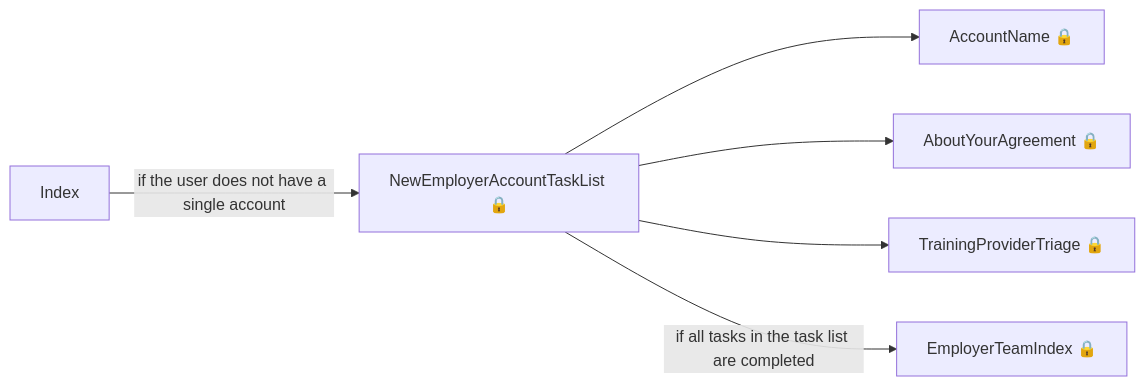
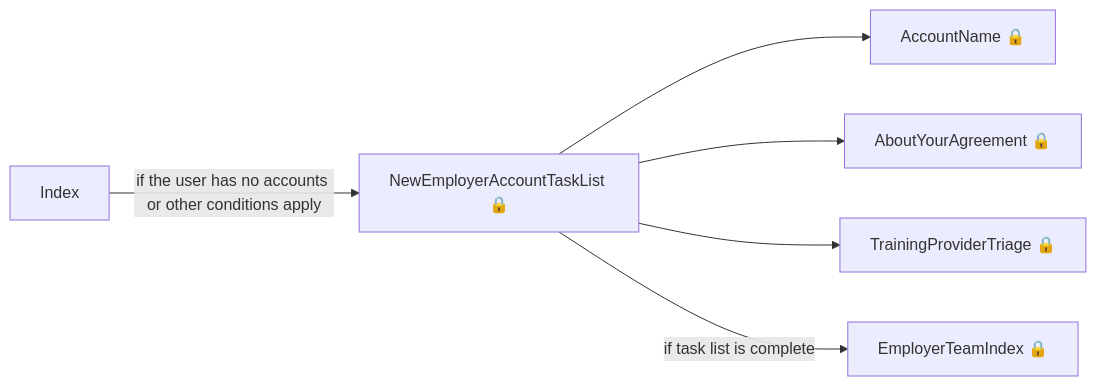
Before and after one commit to talentconsulting/atlas-dfe: the first of 8 diagrams in das-employer-accounts/user-journeys/user-journeys.md, drawn with Mermaid. The commit also changed other lines of this file and 36 other files, not shown here.

````diff
--- a/das-employer-accounts/user-journeys/user-journeys.md
+++ b/das-employer-accounts/user-journeys/user-journeys.md
@@ -11,8 +11,8 @@
 ```mermaid
 flowchart LR
-  p0["Index"] -->|"if the user does not have a single account"| p1["NewEmployerAccountTaskList 🔒"]
+  p0["Index"] -->|"if the user has no accounts or other conditions apply"| p1["NewEmployerAccountTaskList 🔒"]
   p1["NewEmployerAccountTaskList 🔒"] --> p2["AccountName 🔒"]
   p1["NewEmployerAccountTaskList 🔒"] --> p3["AboutYourAgreement 🔒"]
   p1["NewEmployerAccountTaskList 🔒"] --> p4["TrainingProviderTriage 🔒"]
-  p1["NewEmployerAccountTaskList 🔒"] -->|"if all tasks in the task list are completed"| p5["EmployerTeamIndex 🔒"]
+  p1["NewEmployerAccountTaskList 🔒"] -->|"if task list is complete"| p5["EmployerTeamIndex 🔒"]
 ```
````
